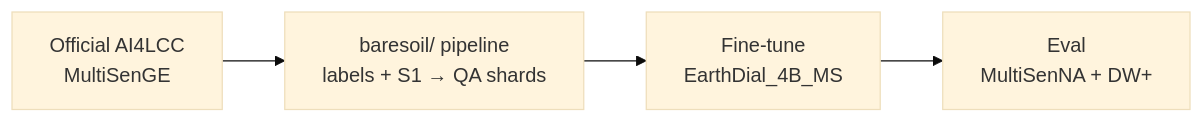
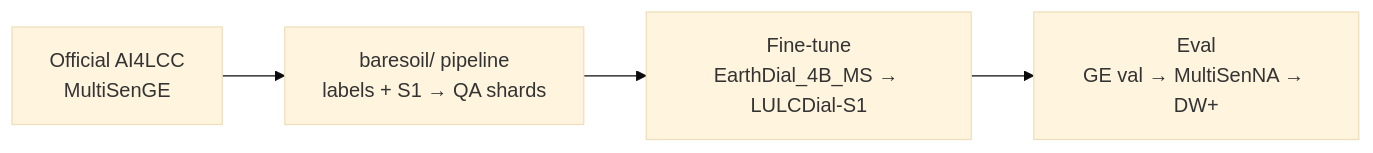
The first of 3 diagrams in BenchmarkGuide/AI4LCC/BareSoil_AI4LCC_Workflow_Guide.md (Riha-K/MTP), drawn with Mermaid (base theme) before and after one commit. The commit also changed other lines of this file and 8 other files, not shown here.

First line of the commit message:
Update docs so Stage 1 done status and MultiSenNA next match.

````diff
--- a/BenchmarkGuide/AI4LCC/BareSoil_AI4LCC_Workflow_Guide.md
+++ b/BenchmarkGuide/AI4LCC/BareSoil_AI4LCC_Workflow_Guide.md
@@ -18,6 +20,6 @@
 ```mermaid
 flowchart LR
     A["Official AI4LCC<br/>MultiSenGE"] --> B["baresoil/ pipeline<br/>labels + S1 → QA shards"]
-    B --> C["Fine-tune<br/>EarthDial_4B_MS"]
-    C --> D["Eval<br/>MultiSenNA + DW+"]
+    B --> C["Fine-tune<br/>EarthDial_4B_MS → LULCDial-S1"]
+    C --> D["Eval<br/>GE val → MultiSenNA → DW+"]
 ```
````
